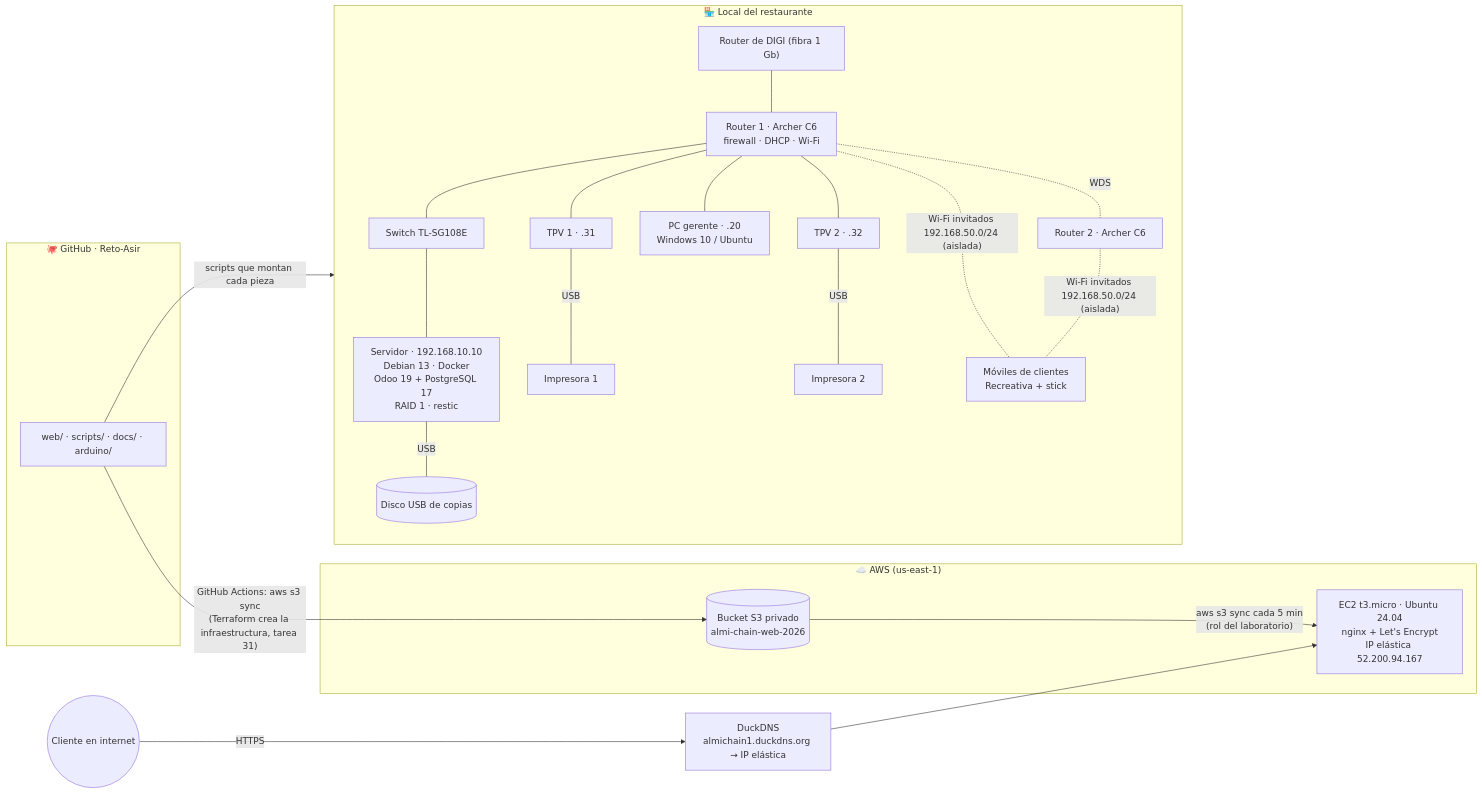
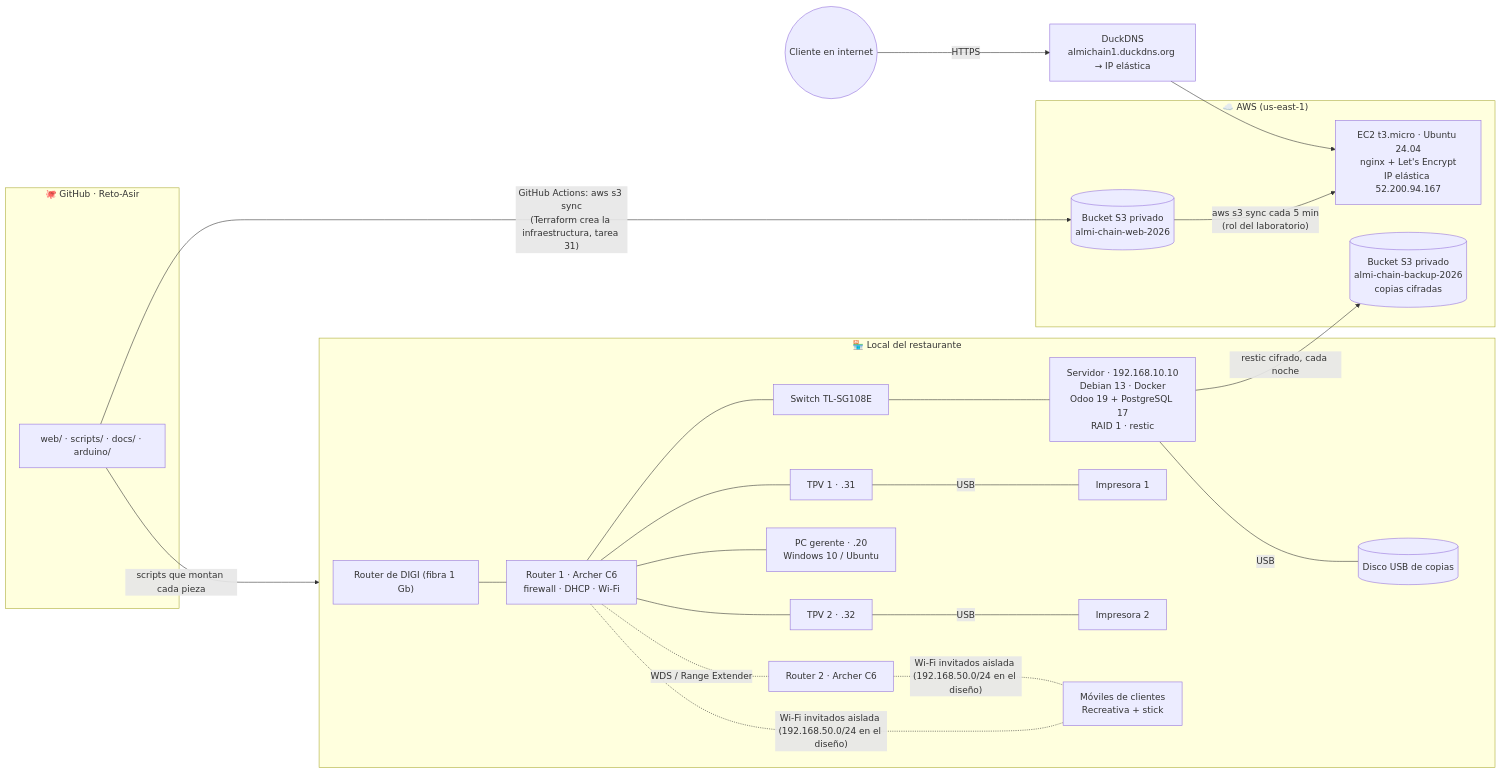
One commit to zHGx-alt/Reto-Asir changed the first of 5 diagrams in LOGICA_RETO.md. Above: the diagram before and after it, drawn with Mermaid. The commit also changed other lines of this file and 5 other files, not shown here.

````diff
--- a/LOGICA_RETO.md
+++ b/LOGICA_RETO.md
@@ -46,28 +79,30 @@
 ```mermaid
 flowchart LR
     subgraph NUBE["☁️ AWS (us-east-1)"]
         S3[("Bucket S3 privado<br/>almi-chain-web-2026")]
         EC2["EC2 t3.micro · Ubuntu 24.04<br/>nginx + Let's Encrypt<br/>IP elástica 52.200.94.167"]
         S3 -- "aws s3 sync cada 5 min<br/>(rol del laboratorio)" --> EC2
+        S3B[("Bucket S3 privado<br/>almi-chain-backup-2026<br/>copias cifradas")]
     end
     DNS["DuckDNS<br/>almichain1.duckdns.org → IP elástica"]
     CLIENTE_WEB(("Cliente en internet")) -- "HTTPS" --> DNS --> EC2
 
     subgraph LOCAL["🏪 Local del restaurante"]
         ONT["Router de DIGI (fibra 1 Gb)"] --- R1["Router 1 · Archer C6<br/>firewall · DHCP · Wi-Fi"]
-        R1 -. "WDS" .- R2["Router 2 · Archer C6"]
+        R1 -. "WDS / Range Extender" .- R2["Router 2 · Archer C6"]
         R1 --- SW["Switch TL-SG108E"] --- SRV["Servidor · 192.168.10.10<br/>Debian 13 · Docker<br/>Odoo 19 + PostgreSQL 17<br/>RAID 1 · restic"]
         R1 --- GER["PC gerente · .20<br/>Windows 10 / Ubuntu"]
         R1 --- TPV1["TPV 1 · .31"] & TPV2["TPV 2 · .32"]
         TPV1 -- USB --- IMP1["Impresora 1"]
         TPV2 -- USB --- IMP2["Impresora 2"]
-        R1 & R2 -. "Wi-Fi invitados 192.168.50.0/24 (aislada)" .- INV["Móviles de clientes<br/>Recreativa + stick"]
+        R1 & R2 -. "Wi-Fi invitados aislada (192.168.50.0/24 en el diseño)" .- INV["Móviles de clientes<br/>Recreativa + stick"]
         SRV -- USB --- USBK[("Disco USB de copias")]
     end
+    SRV -- "restic cifrado, cada noche" --> S3B
 
     subgraph REPO["🐙 GitHub · Reto-Asir"]
         CODE["web/ · scripts/ · docs/ · arduino/"]
     end
     CODE -- "GitHub Actions: aws s3 sync<br/>(Terraform crea la infraestructura, tarea 31)" --> S3
     CODE -- "scripts que montan cada pieza" --> LOCAL
 ```
````
